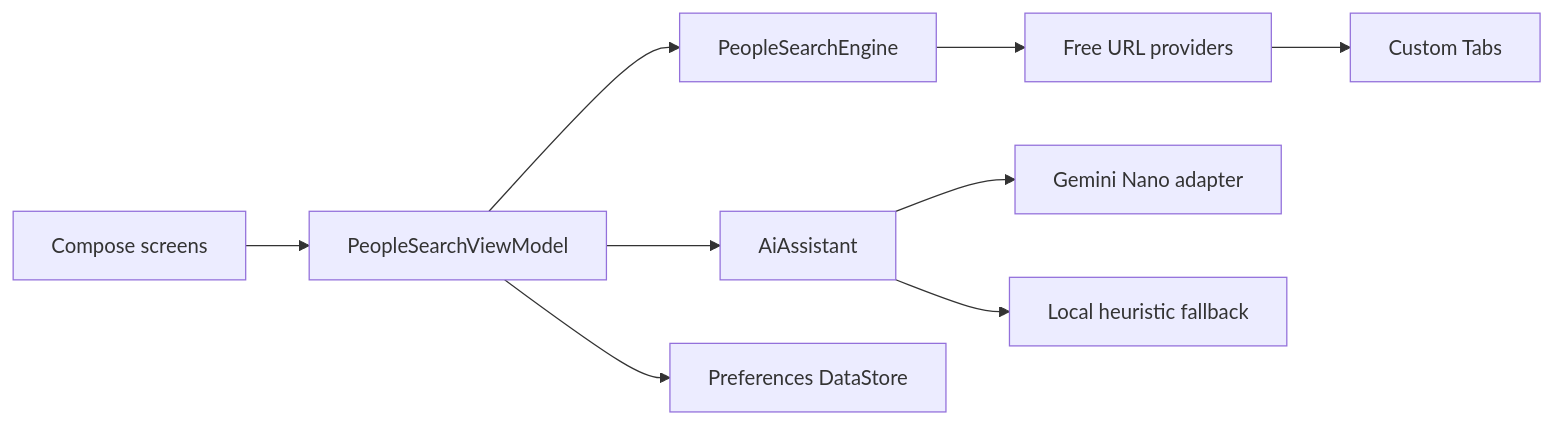
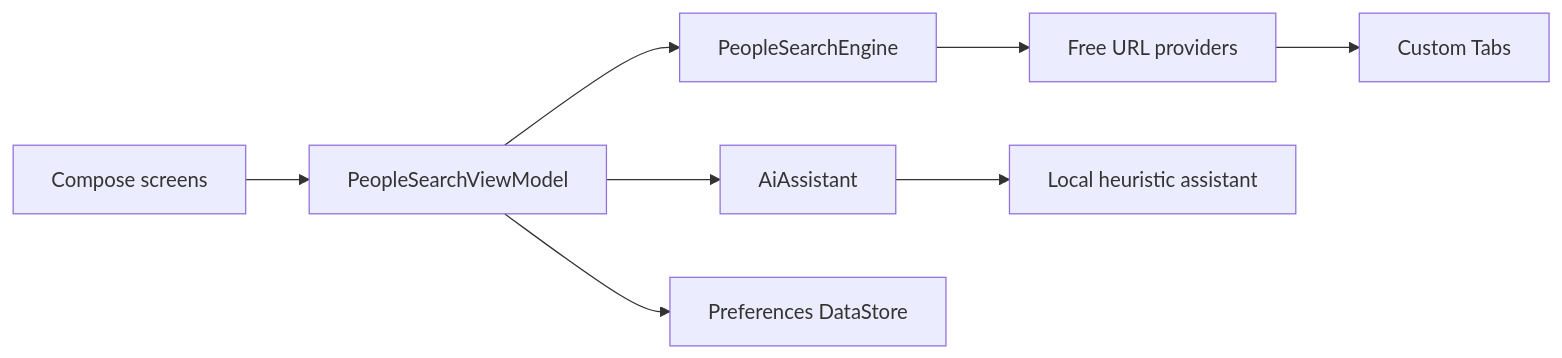
The diagram in ARCHITECTURE.md (jwgmpi-wolff/android_people_search), drawn with Mermaid before and after one commit. The commit also changed other lines of this file and 10 other files, not shown here.

````diff
--- a/ARCHITECTURE.md
+++ b/ARCHITECTURE.md
@@ -7,11 +7,10 @@
 ```mermaid
 flowchart LR
     UI[Compose screens] --> VM[PeopleSearchViewModel]
     VM --> Engine[PeopleSearchEngine]
     Engine --> Providers[Free URL providers]
     VM --> AI[AiAssistant]
-    AI --> Nano[Gemini Nano adapter]
-    AI --> Local[Local heuristic fallback]
+    AI --> Local[Local heuristic assistant]
     VM --> Store[Preferences DataStore]
     Providers --> Browser[Custom Tabs]
 ```
````
